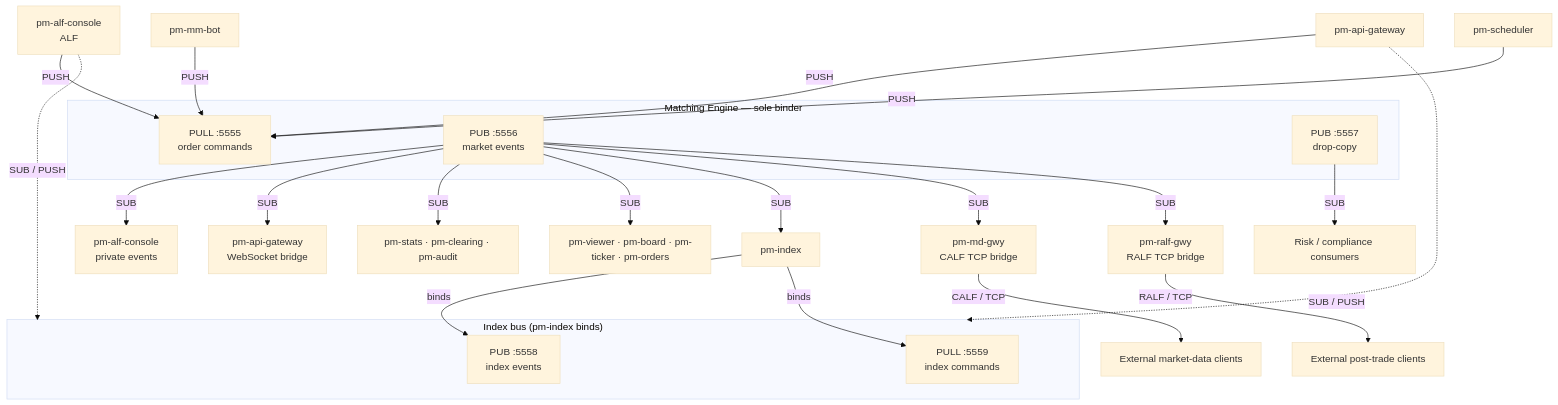
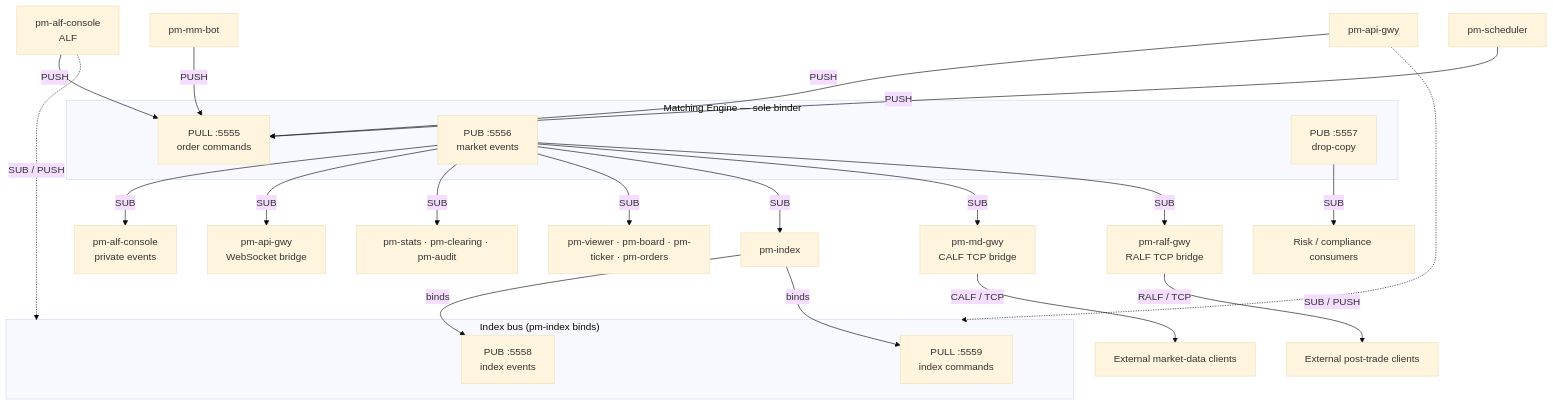
Before and after one commit to johan162/EduMatcher: the first of 4 diagrams in docs/architecture/01-architecture.md, drawn with Mermaid (base theme). The commit also changed other lines of this file and 17 other files, not shown here.

Commit message:
Renamed `pm-api-gateway` to `pm-api-gwy`

````diff
--- a/docs/architecture/01-architecture.md
+++ b/docs/architecture/01-architecture.md
@@ -108,38 +108,38 @@
 ```mermaid
 graph TD
     ALF["pm-alf-console\nALF"]
-    APIGW["pm-api-gateway"]
+    APIGW["pm-api-gwy"]
     MMBOT["pm-mm-bot"]
     SCH["pm-scheduler"]
 
     subgraph Engine["Matching Engine — sole binder"]
         PULL["PULL :5555\norder commands"]
         PUB56["PUB :5556\nmarket events"]
         PUB57["PUB :5557\ndrop-copy"]
     end
 
     GW_R["pm-alf-console\nprivate events"]
-    APIR["pm-api-gateway\nWebSocket bridge"]
+    APIR["pm-api-gwy\nWebSocket bridge"]
     OPS["pm-stats · pm-clearing · pm-audit"]
     UI["pm-viewer · pm-board · pm-ticker · pm-orders"]
     IDX["pm-index"]
     MD["pm-md-gwy\nCALF TCP bridge"]
     PT["pm-ralf-gwy\nRALF TCP bridge"]
     DCC["Risk / compliance consumers"]
 
     subgraph IndexBus["Index bus  (pm-index binds)"]
         IPUB["PUB :5558\nindex events"]
         IPULL["PULL :5559\nindex commands"]
     end
 
     ExtMD["External market-data clients"]
     ExtPT["External post-trade clients"]
 
     ALF & APIGW & MMBOT & SCH -->|PUSH| PULL
     PUB56 -->|SUB| GW_R & APIR & OPS & UI & IDX & MD & PT
     PUB57 -->|SUB| DCC
     IDX -->|binds| IPUB & IPULL
     ALF & APIGW -.->|"SUB / PUSH"| IndexBus
     MD -->|"CALF / TCP"| ExtMD
     PT -->|"RALF / TCP"| ExtPT
 ```
````
